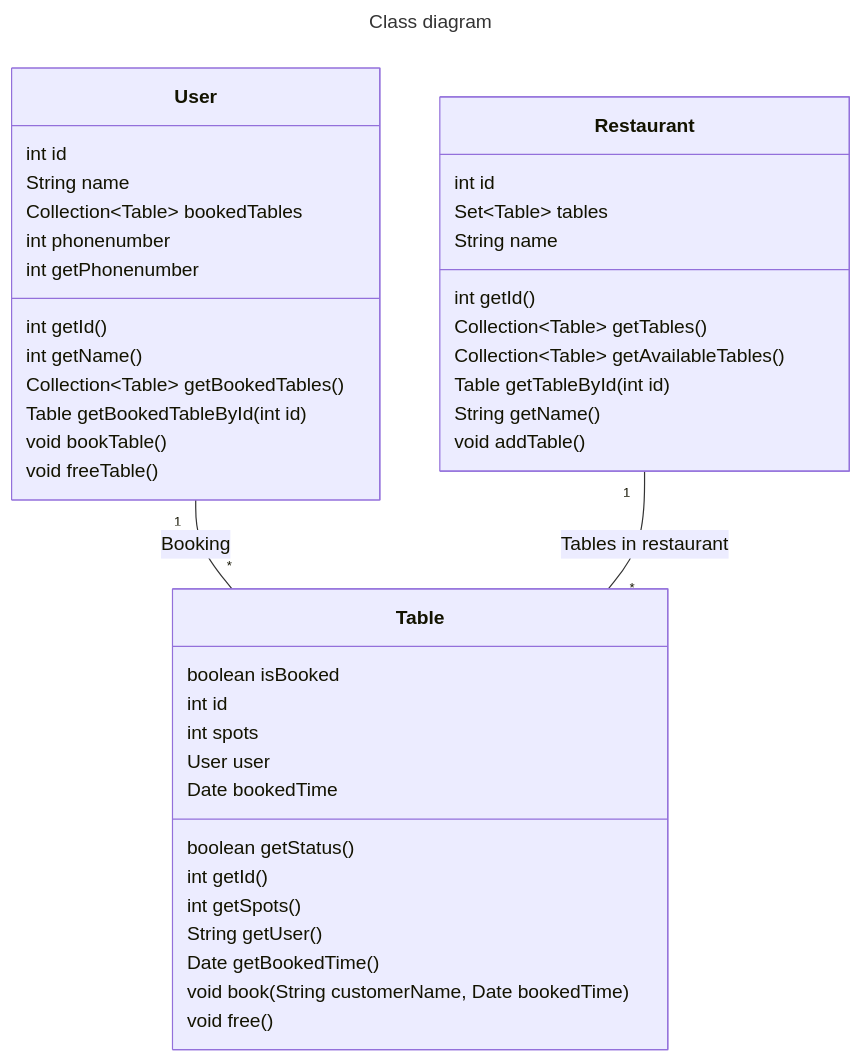
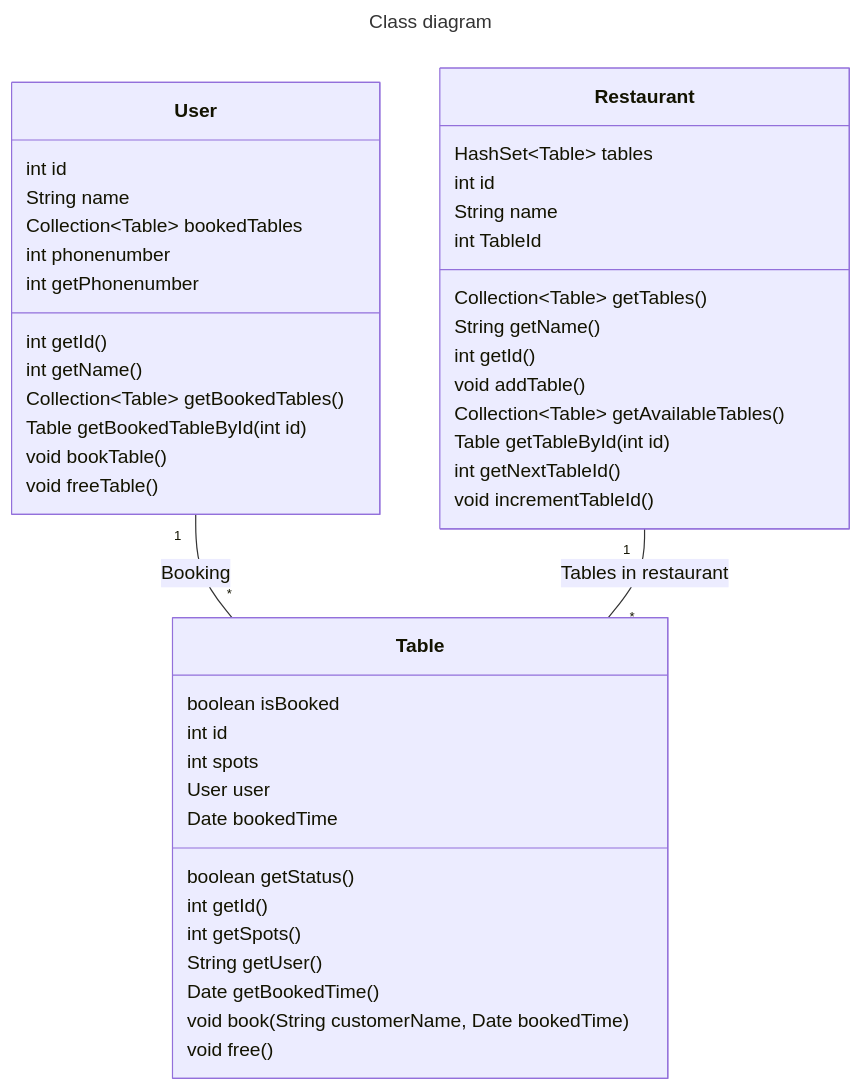
One commit to marsun02/IT1901_Booking_Manager changed the diagram in class-diagram.md. Above: the diagram before and after it, drawn with Mermaid.

Commit message:
docs: :memo: Updated Restaurant field in the class diagram #56

````diff
--- a/class-diagram.md
+++ b/class-diagram.md
@@ -1,53 +1,58 @@
 ```mermaid
 ---
 title: Class diagram
 ---
 
 classDiagram
     class Table{
         boolean isBooked
         int id
         int spots
         User user
         Date bookedTime
 
         boolean getStatus()
         int getId()
         int getSpots()
         String getUser()
         Date getBookedTime()
         void book(String customerName, Date bookedTime)
         void free()
     }
 
     class User{
         int id
         String name
         Collection&lt;Table&gt bookedTables
         int phonenumber
 
         int getId()
         int getName()
         Collection&lt;Table&gt getBookedTables()
         Table getBookedTableById(int id)
         int getPhonenumber
         void bookTable()
         void freeTable()
     }
 
     class Restaurant{
+        
+        HashSet&lt;Table&gt; tables
         int id
-        Set&lt;Table&gt; tables
         String name
+        int TableId
 
+
+        Collection&lt;Table&gt getTables()
+        String getName()
         int getId()
-        Collection&lt;Table&gt getTables()
+        void addTable()
         Collection&lt;Table&gt getAvailableTables()
         Table getTableById(int id)
-        String getName()
-        void addTable()
+        int getNextTableId()
+        void incrementTableId()
     }
 
     User "1" -- "*" Table : Booking
     Restaurant "1" -- "*" Table : Tables in restaurant
 ```
````
